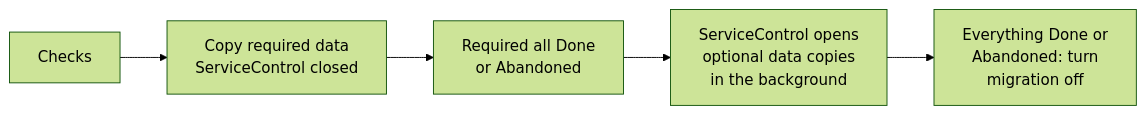
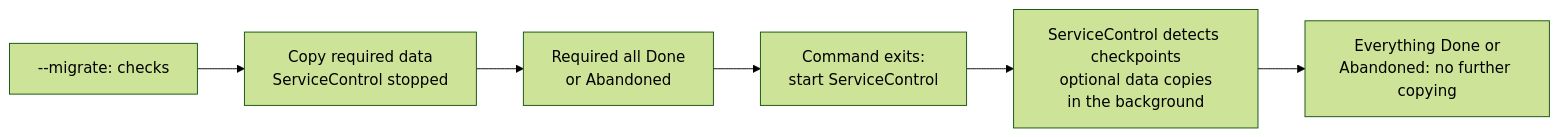
Before and after one commit to Particular/ServiceControl: the first of 5 diagrams in docs/migration/ravendb-to-sql-migration-overview.md, drawn with Mermaid (forest theme). The commit also changed other lines of this file and 35 other files, not shown here.

````diff
--- a/docs/migration/ravendb-to-sql-migration-overview.md
+++ b/docs/migration/ravendb-to-sql-migration-overview.md
@@ -26,6 +26,7 @@
 ```mermaid
 flowchart LR
-    A["Checks"] --> B["Copy required data<br/>ServiceControl closed"]
-    B --> V["Required all Done<br/>or Abandoned"] --> C["ServiceControl opens<br/>optional data copies<br/>in the background"]
-    C --> D["Everything Done or<br/>Abandoned: turn<br/>migration off"]
+    A["--migrate: checks"] --> B["Copy required data<br/>ServiceControl stopped"]
+    B --> V["Required all Done<br/>or Abandoned"] --> P["Command exits:<br/>start ServiceControl"]
+    P --> C["ServiceControl detects checkpoints<br/>optional data copies<br/>in the background"]
+    C --> D["Everything Done or<br/>Abandoned: no further copying"]
 ```
````
